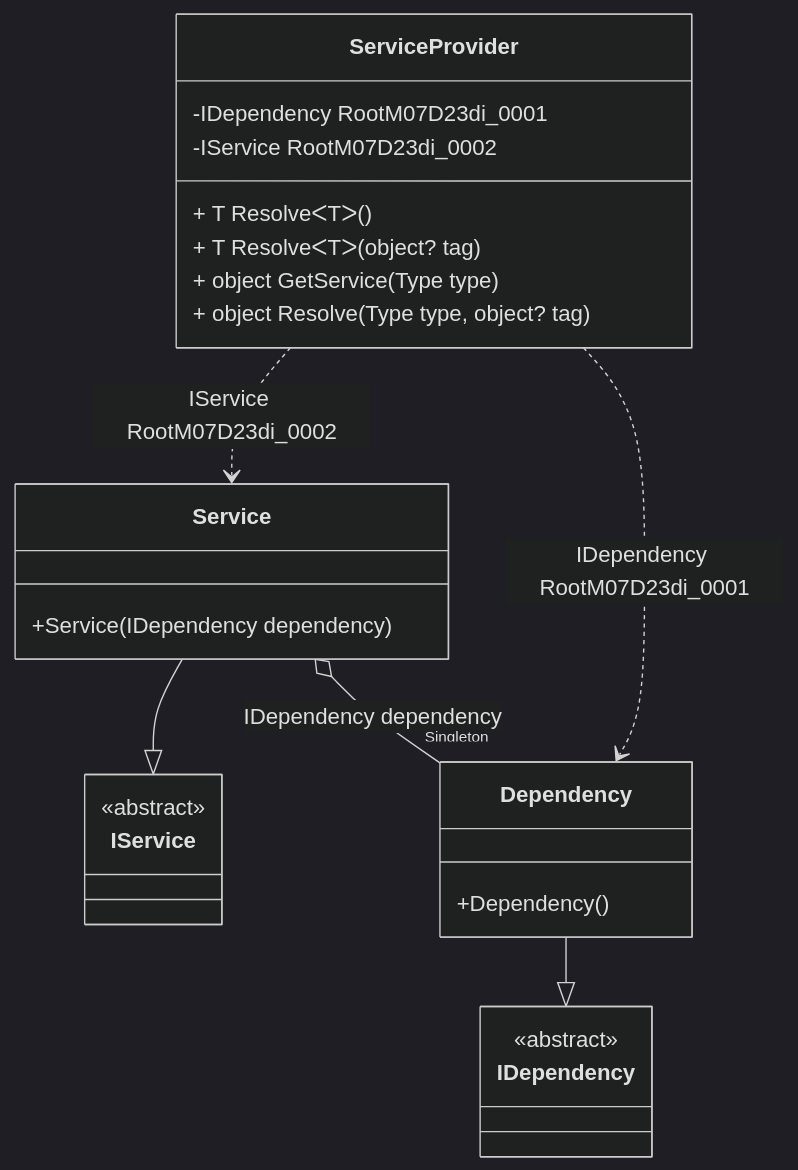
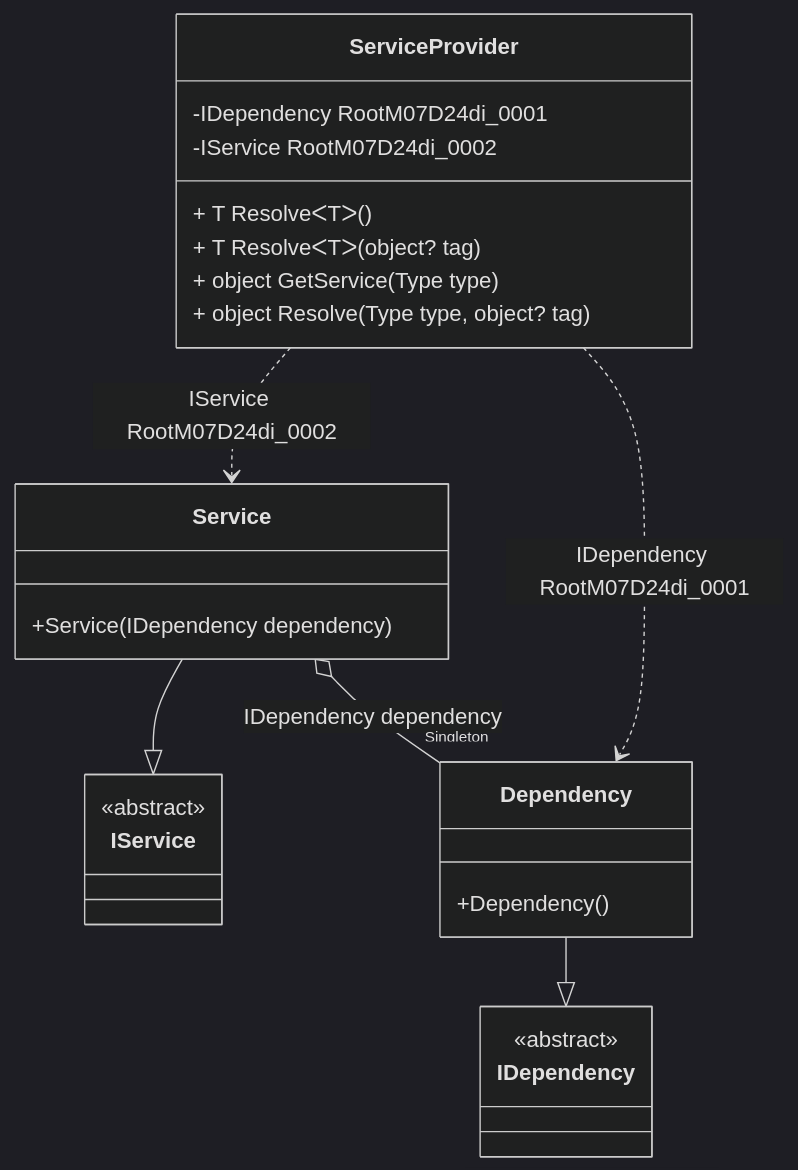
The diagram in readme/service-provider.md (DevTeam/Pure.DI), drawn with Mermaid (dark theme) before and after one commit. The commit also changed other lines of this file and 51 other files, not shown here.

````diff
--- a/readme/service-provider.md
+++ b/readme/service-provider.md
@@ -50,28 +50,28 @@
 ```mermaid
 classDiagram
   class ServiceProvider {
-    -IDependency RootM07D23di_0001
-    -IService RootM07D23di_0002
+    -IDependency RootM07D24di_0001
+    -IService RootM07D24di_0002
     + T ResolveᐸTᐳ()
     + T ResolveᐸTᐳ(object? tag)
     + object GetService(Type type)
     + object Resolve(Type type, object? tag)
   }
   Service --|> IService : 
   class Service {
     +Service(IDependency dependency)
   }
   Dependency --|> IDependency : 
   class Dependency {
     +Dependency()
   }
   class IService {
     <<abstract>>
   }
   class IDependency {
     <<abstract>>
   }
   Service o--  "Singleton" Dependency : IDependency dependency
-  ServiceProvider ..> Dependency : IDependency RootM07D23di_0001
-  ServiceProvider ..> Service : IService RootM07D23di_0002
+  ServiceProvider ..> Dependency : IDependency RootM07D24di_0001
+  ServiceProvider ..> Service : IService RootM07D24di_0002
 ```
````
